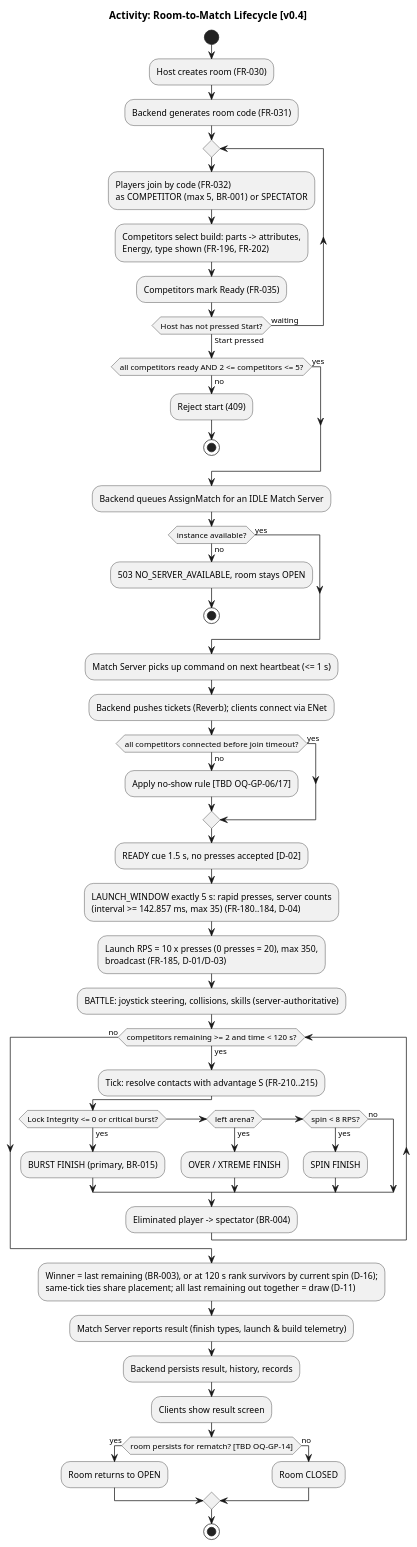
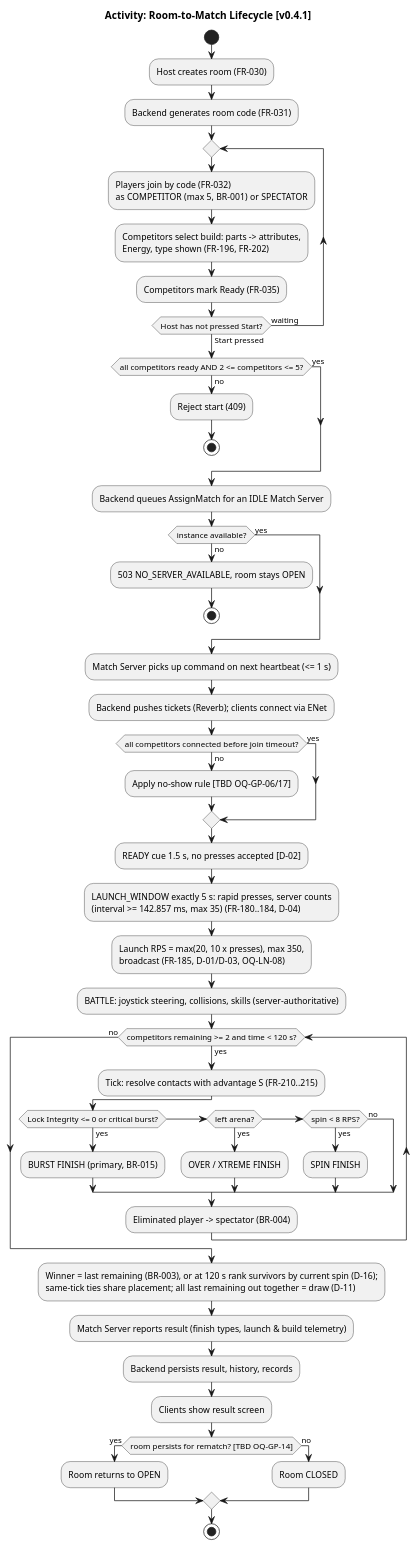
Before and after one commit to houcine212-hub/Bayblade_Sesytem: the diagram in docs/02-uml/activity-room-to-match.puml, drawn with PlantUML. The commit also changed 38 other files, not shown here.

```diff
--- a/docs/02-uml/activity-room-to-match.puml
+++ b/docs/02-uml/activity-room-to-match.puml
@@ -1,54 +1,54 @@
 @startuml activity-room-to-match
-title Activity: Room-to-Match Lifecycle [v0.4]
+title Activity: Room-to-Match Lifecycle [v0.4.1]
 start
 :Host creates room (FR-030);
 :Backend generates room code (FR-031);
 repeat
   :Players join by code (FR-032)\nas COMPETITOR (max 5, BR-001) or SPECTATOR;
   :Competitors select build: parts -> attributes,\nEnergy, type shown (FR-196, FR-202);
   :Competitors mark Ready (FR-035);
 repeat while (Host has not pressed Start?) is (waiting) not (Start pressed)
 if (all competitors ready AND 2 <= competitors <= 5?) then (yes)
 else (no)
   :Reject start (409);
   stop
 endif
 :Backend queues AssignMatch for an IDLE Match Server;
 if (instance available?) then (yes)
 else (no)
   :503 NO_SERVER_AVAILABLE, room stays OPEN;
   stop
 endif
 :Match Server picks up command on next heartbeat (<= 1 s);
 :Backend pushes tickets (Reverb); clients connect via ENet;
 if (all competitors connected before join timeout?) then (yes)
 else (no)
   :Apply no-show rule [TBD OQ-GP-06/17];
 endif
 :READY cue 1.5 s, no presses accepted [D-02];
 :LAUNCH_WINDOW exactly 5 s: rapid presses, server counts\n(interval >= 142.857 ms, max 35) (FR-180..184, D-04);
-:Launch RPS = 10 x presses (0 presses = 20), max 350,\nbroadcast (FR-185, D-01/D-03);
+:Launch RPS = max(20, 10 x presses), max 350,\nbroadcast (FR-185, D-01/D-03, OQ-LN-08);
 :BATTLE: joystick steering, collisions, skills (server-authoritative);
 while (competitors remaining >= 2 and time < 120 s?) is (yes)
   :Tick: resolve contacts with advantage S (FR-210..215);
   if (Lock Integrity <= 0 or critical burst?) then (yes)
     :BURST FINISH (primary, BR-015);
   elseif (left arena?) then (yes)
     :OVER / XTREME FINISH;
   elseif (spin < 8 RPS?) then (yes)
     :SPIN FINISH;
   else (no)
   endif
   :Eliminated player -> spectator (BR-004);
 endwhile (no)
 :Winner = last remaining (BR-003), or at 120 s rank survivors by current spin (D-16);\nsame-tick ties share placement; all last remaining out together = draw (D-11);
 :Match Server reports result (finish types, launch & build telemetry);
 :Backend persists result, history, records;
 :Clients show result screen;
 if (room persists for rematch? [TBD OQ-GP-14]) then (yes)
   :Room returns to OPEN;
 else (no)
   :Room CLOSED;
 endif
 stop
 @enduml
```
